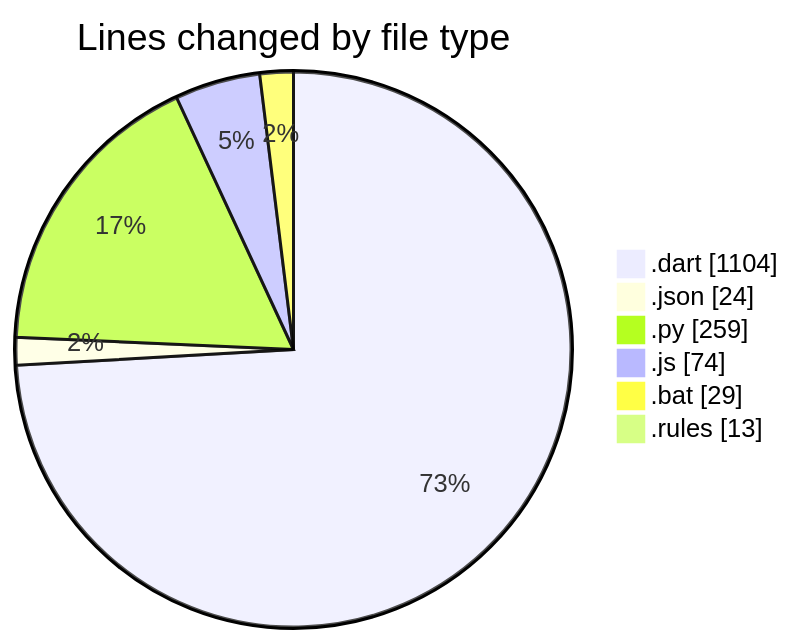
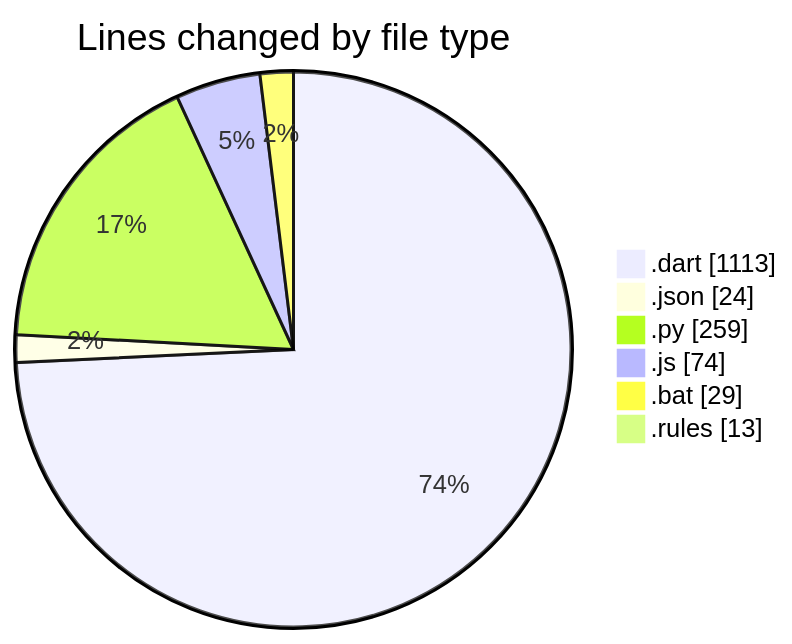
Before and after one commit to lephambinh05/code-tracking: the first of 2 diagrams in 2025-08-04/studybuddy/README.md, drawn with Mermaid. The commit also changed other lines of this file and 1 other file, not shown here.

````diff
--- a/2025-08-04/studybuddy/README.md
+++ b/2025-08-04/studybuddy/README.md
@@ -37,10 +37,10 @@
 ```mermaid
 pie showData
 title Lines changed by file type
-".dart" : 1104
+".dart" : 1113
 ".json" : 24
 ".py" : 259
 ".js" : 74
 ".bat" : 29
 ".rules" : 13
 ```
````
